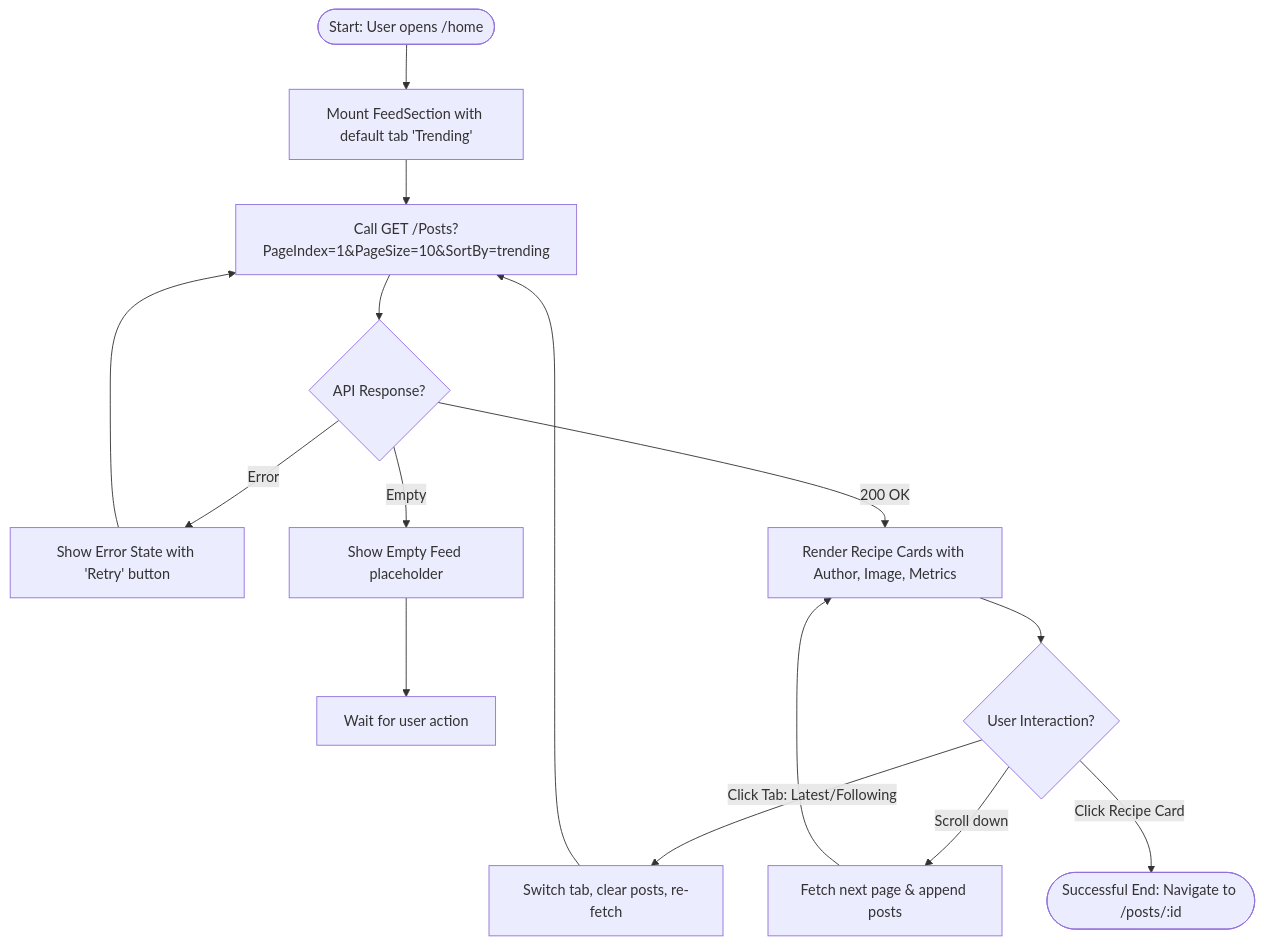
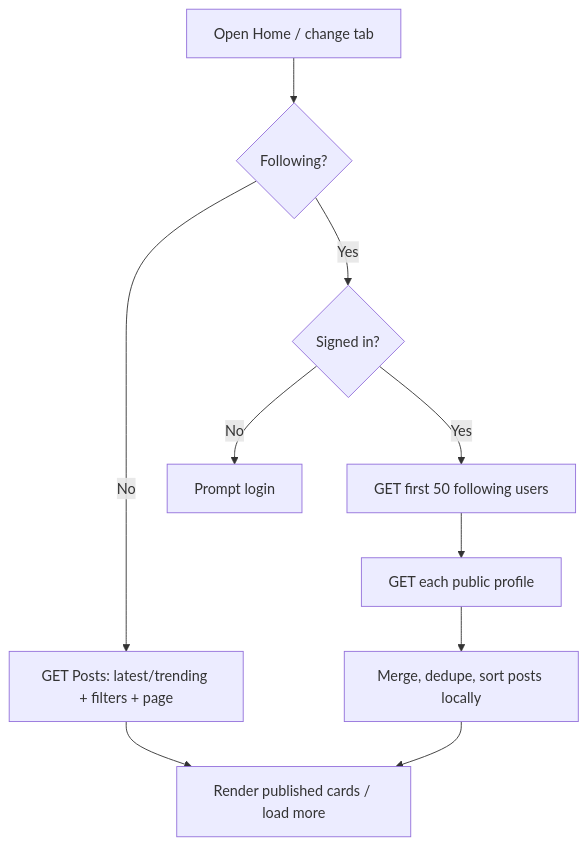
The ninth of 56 diagrams in Design.MD (NguyenQuocTrong-bonmat/frontend-VeganHelperSystem), drawn with Mermaid before and after one commit. The commit also changed other lines of this file, not shown here.

Commit message:
docs: align design diagrams with current workflows

````diff
--- a/Design.MD
+++ b/Design.MD
@@ -951,13 +425,12 @@
 ```mermaid
 flowchart TD
-    A([Start: User opens /home]) --> B[Mount FeedSection with default tab 'Trending']
-    B --> C[Call GET /Posts?PageIndex=1&PageSize=10&SortBy=trending]
-    C --> D{API Response?}
-    D -->|Error| E[Show Error State with 'Retry' button] --> C
-    D -->|Empty| F[Show Empty Feed placeholder] --> G[Wait for user action]
-    D -->|200 OK| H[Render Recipe Cards with Author, Image, Metrics]
-    H --> I{User Interaction?}
-    I -->|Click Tab: Latest/Following| J[Switch tab, clear posts, re-fetch] --> C
-    I -->|Scroll down| K[Fetch next page & append posts] --> H
-    I -->|Click Recipe Card| L([Successful End: Navigate to /posts/:id])
+    A["Open Home / change tab"] --> B{"Following?"}
+    B -->|No| C["GET Posts: latest/trending + filters + page"]
+    C --> D["Render published cards / load more"]
+    B -->|Yes| E{"Signed in?"}
+    E -->|No| F["Prompt login"]
+    E -->|Yes| G["GET first 50 following users"]
+    G --> H["GET each public profile"]
+    H --> I["Merge, dedupe, sort posts locally"]
+    I --> D
 ```
````
